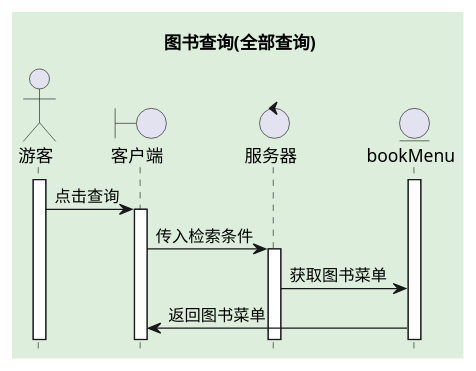
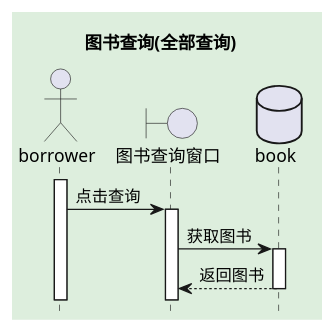
One commit to 201610414130/is_analysis-4 changed the second of 11 diagrams in test4/uaseCase.pu. Above: the diagram before and after it, drawn with PlantUML. The commit also changed other lines of this file and 13 other files, not shown here.

```diff
--- a/test4/uaseCase.pu
+++ b/test4/uaseCase.pu
@@ -28,18 +18,15 @@
 @startuml 图书查询(全部查询)
 title 图书查询(全部查询)
 skinparam backgroundColor #ded
 hide footbox
-actor 游客
-boundary 客户端
-control 服务器
-entity bookMenu
-
-activate 游客
-activate bookMenu
-游客 -> 客户端: 点击查询
-activate 客户端
-客户端 -> 服务器: 传入检索条件
-activate 服务器
-服务器 -> bookMenu: 获取图书菜单
-bookMenu -> 客户端: 返回图书菜单
+actor borrower
+boundary 图书查询窗口
+database book
+activate borrower
+borrower -> 图书查询窗口: 点击查询
+activate 图书查询窗口
+图书查询窗口 -> book: 获取图书
+activate book
+book --> 图书查询窗口: 返回图书
+deactivate book
 @enduml
```
